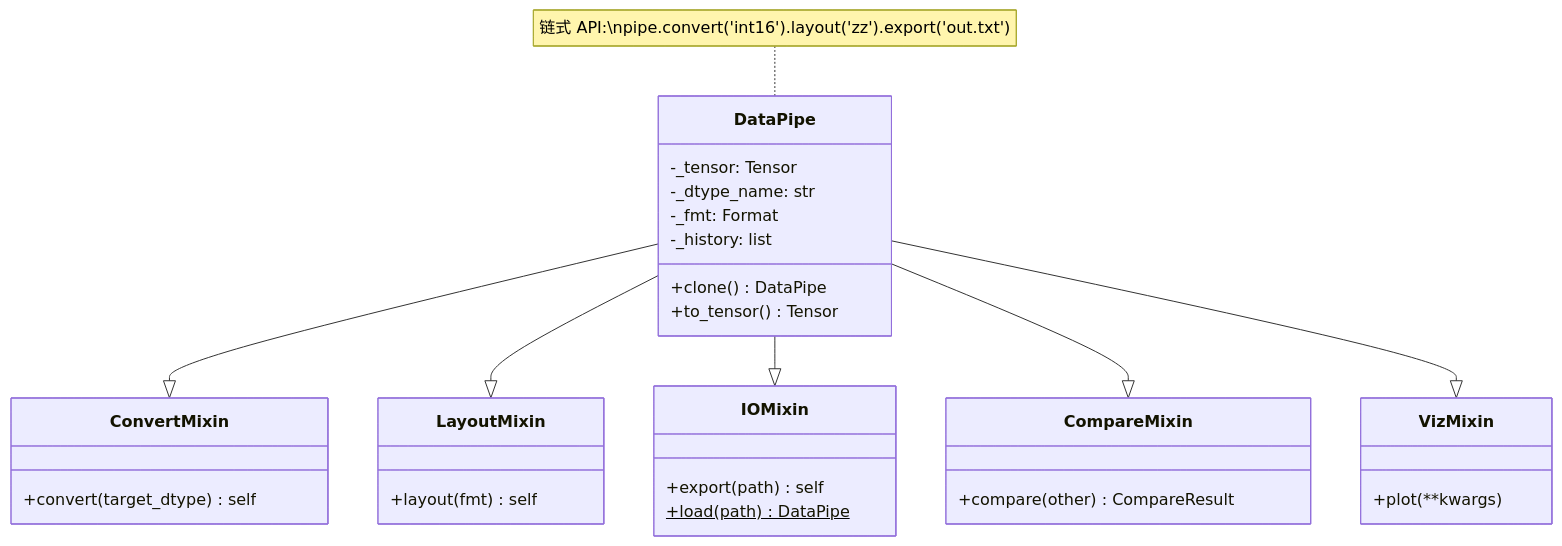
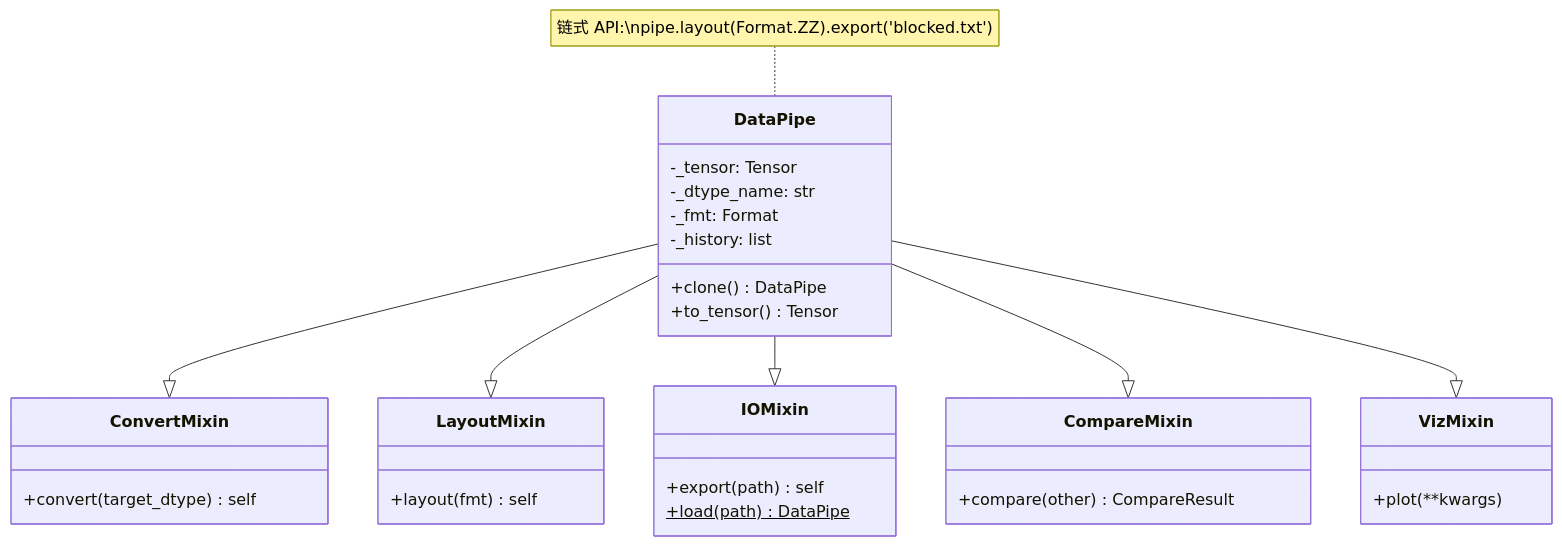
Before and after one commit to xshii/aihelper: the seventh of 10 diagrams in projects/dsp-core/docs/architecture.md, drawn with Mermaid. The commit also changed other lines of this file and 94 other files, not shown here.

````diff
--- a/projects/dsp-core/docs/architecture.md
+++ b/projects/dsp-core/docs/architecture.md
@@ -246,36 +241,36 @@
 ```mermaid
 classDiagram
     class DataPipe {
         -_tensor: Tensor
         -_dtype_name: str
         -_fmt: Format
         -_history: list
         +clone() DataPipe
         +to_tensor() Tensor
     }
 
     class ConvertMixin {
         +convert(target_dtype) self
     }
     class LayoutMixin {
         +layout(fmt) self
     }
     class IOMixin {
         +export(path) self
         +load(path)$ DataPipe
     }
     class CompareMixin {
         +compare(other) CompareResult
     }
     class VizMixin {
         +plot(**kwargs)
     }
 
     DataPipe --|> ConvertMixin
     DataPipe --|> LayoutMixin
     DataPipe --|> IOMixin
     DataPipe --|> CompareMixin
     DataPipe --|> VizMixin
 
-    note for DataPipe "链式 API:\npipe.convert('int16').layout('zz').export('out.txt')"
+    note for DataPipe "链式 API:\npipe.layout(Format.ZZ).export('blocked.txt')"
 ```
````
